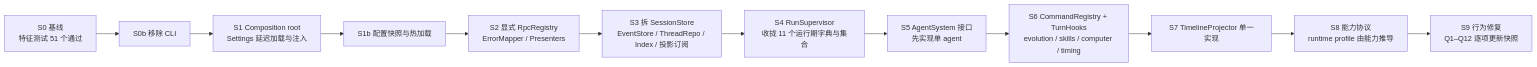
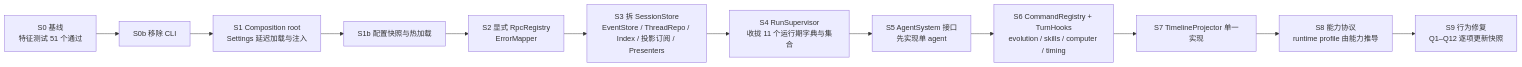
Diagram 18 of 18 in docs/refactor/BACKEND_ARCHITECTURE_V2.md (StDoses72/Cleo-AI-agent), drawn with Mermaid before and after one commit. The commit also changed other lines of this file and 3 other files, not shown here.

````diff
--- a/docs/refactor/BACKEND_ARCHITECTURE_V2.md
+++ b/docs/refactor/BACKEND_ARCHITECTURE_V2.md
@@ -913,14 +913,14 @@
 ```mermaid
 flowchart LR
     s0[S0 基线<br/>特征测试 51 个通过] --> s0b[S0b 移除 CLI]
     s0b --> s1[S1 Composition root<br/>Settings 延迟加载与注入]
     s1 --> s1b[S1b 配置快照与热加载]
-    s1b --> s2[S2 显式 RpcRegistry<br/>ErrorMapper / Presenters]
-    s2 --> s3[S3 拆 SessionStore<br/>EventStore / ThreadRepo / Index / 投影订阅]
+    s1b --> s2[S2 显式 RpcRegistry<br/>ErrorMapper]
+    s2 --> s3[S3 拆 SessionStore<br/>EventStore / ThreadRepo / Index / 投影订阅 / Presenters]
     s3 --> s4[S4 RunSupervisor<br/>收拢 11 个运行期字典与集合]
     s4 --> s5[S5 AgentSystem 接口<br/>先实现单 agent]
     s5 --> s6[S6 CommandRegistry + TurnHooks<br/>evolution / skills / computer / timing]
     s6 --> s7[S7 TimelineProjector 单一实现]
     s7 --> s8[S8 能力协议<br/>runtime profile 由能力推导]
     s8 --> s9[S9 行为修复<br/>Q1–Q12 逐项更新快照]
 ```
````
